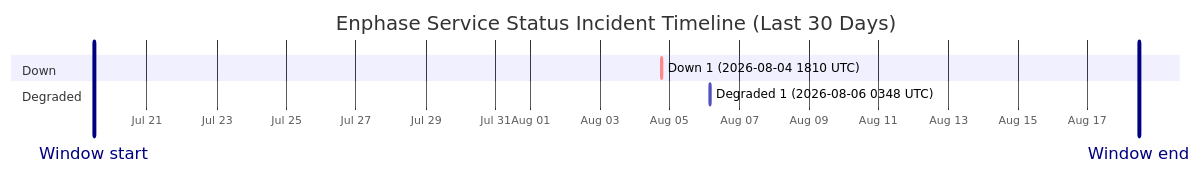
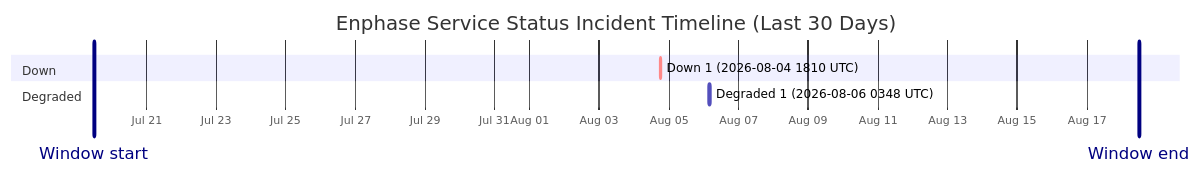
Before and after one commit to barneyonline/ha-enphase-energy: the diagram in wiki/Service-Status-History.md, drawn with Mermaid. The commit also changed other lines of this file and 3 other files, not shown here.

````diff
--- a/wiki/Service-Status-History.md
+++ b/wiki/Service-Status-History.md
@@ -14,12 +14,12 @@
 ```mermaid
 gantt
     title Enphase Service Status Incident Timeline (Last 30 Days)
     dateFormat  YYYY-MM-DDTHH:mm:ss
     axisFormat  %b %d
-    Window start :vert, window-start, 2026-07-19T11:23:26, 0ms
-    Window end :vert, window-end, 2026-08-18T11:23:26, 0ms
+    Window start :vert, window-start, 2026-07-19T11:50:26, 0ms
+    Window end :vert, window-end, 2026-08-18T11:50:26, 0ms
     section Down
     Down 1 (2026-08-04 1810 UTC) :crit, down-1, 2026-08-04T18:10:46, 60m
     section Degraded
     Degraded 1 (2026-08-06 0348 UTC) :active, degraded-1, 2026-08-06T03:48:14, 60m
 ```
````
